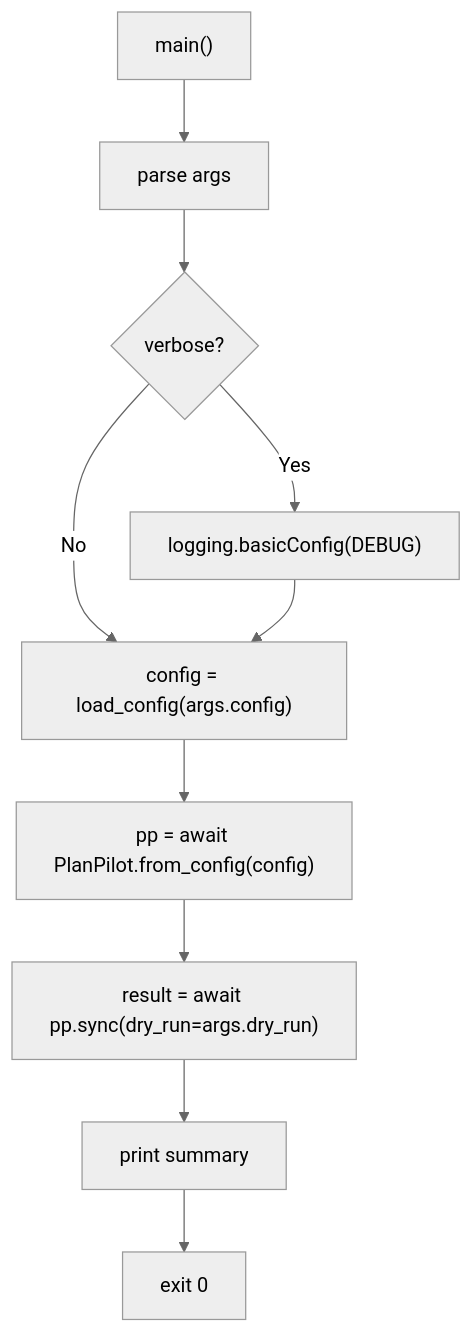
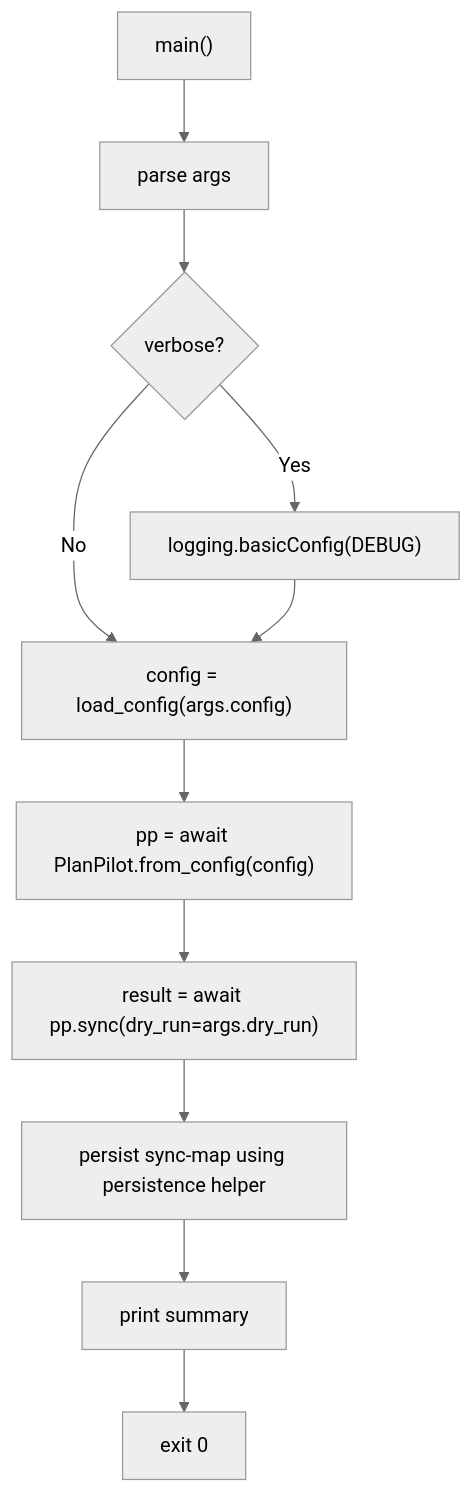
The diagram in docs/modules/cli.md (aryeko/planpilot), drawn with Mermaid (neutral theme) before and after one commit. The commit also changed other lines of this file and 276 other files, not shown here.

````diff
--- a/docs/modules/cli.md
+++ b/docs/modules/cli.md
@@ -32,12 +32,13 @@
 ```mermaid
 flowchart TB
     Start["main()"] --> Parse["parse args"]
     Parse --> Logging{"verbose?"}
     Logging -- Yes --> SetDebug["logging.basicConfig(DEBUG)"]
     Logging -- No --> LoadConfig
     SetDebug --> LoadConfig["config = load_config(args.config)"]
     LoadConfig --> SDKBuild["pp = await PlanPilot.from_config(config)"]
     SDKBuild --> Sync["result = await pp.sync(dry_run=args.dry_run)"]
-    Sync --> Format["print summary"]
+    Sync --> Persist["persist sync-map using persistence helper"]
+    Persist --> Format["print summary"]
     Format --> Exit["exit 0"]
 ```
````
